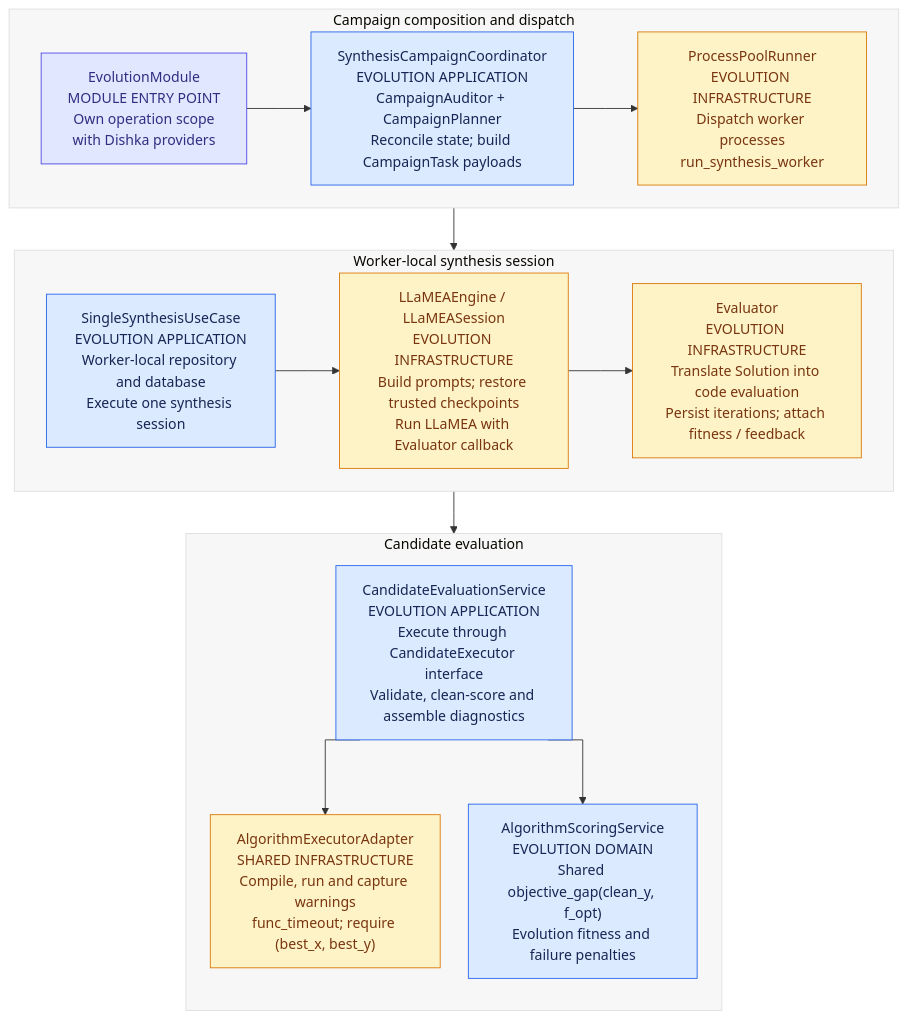
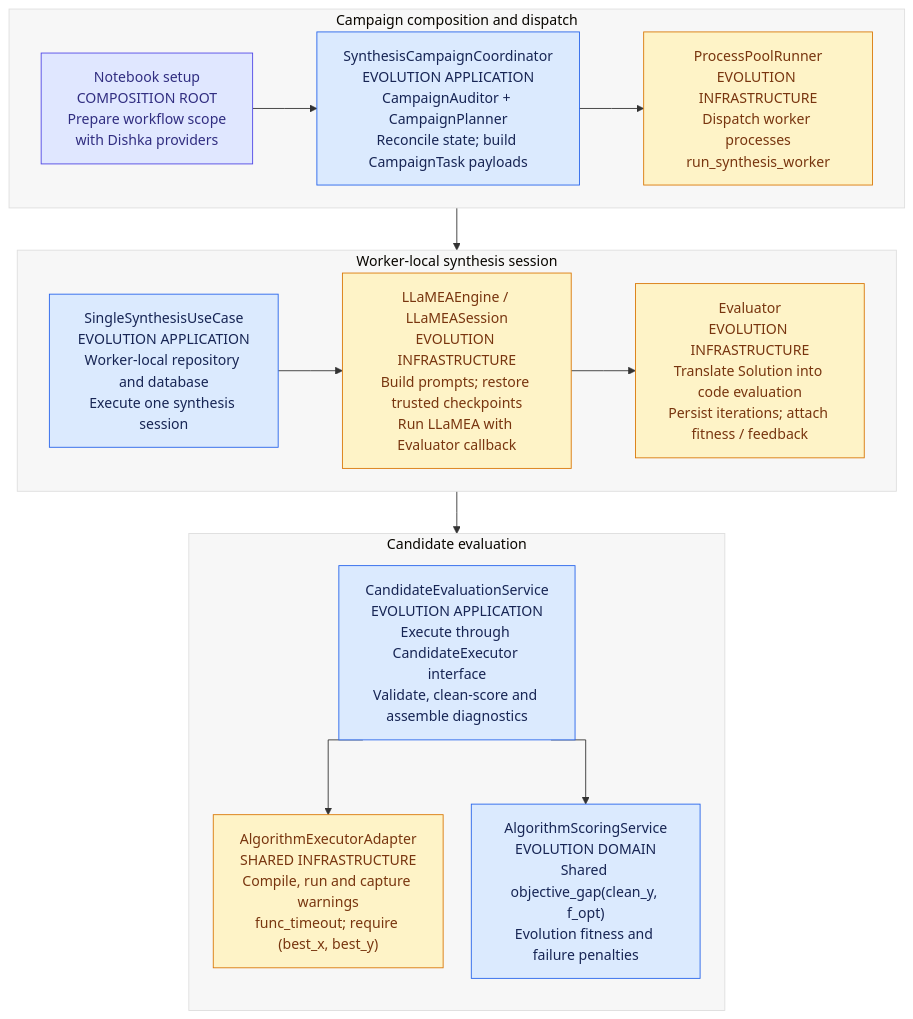
The first of 2 diagrams in docs/architecture/system_architecture.md (Nicola-Ibrahim/AAD_LLM), drawn with Mermaid before and after one commit. The commit also changed other lines of this file and 24 other files, not shown here.

````diff
--- a/docs/architecture/system_architecture.md
+++ b/docs/architecture/system_architecture.md
@@ -17,36 +17,36 @@
 ```mermaid
 %%{init: {"theme":"base","themeVariables":{"background":"#f2e6ff","lineColor":"#333333","fontFamily":"Arial, Helvetica, sans-serif","clusterBkg":"#f7f7f7","clusterBorder":"#dedede"},"flowchart":{"curve":"stepAfter","nodeSpacing":32,"rankSpacing":48}}}%%
 flowchart TD
     accTitle: Synthesis collaboration
     accDescr: Campaign composition dispatches worker-local synthesis sessions; LLaMEA delegates candidate evaluation to shared execution and evolution scoring.
     subgraph Campaign["Campaign composition and dispatch"]
         direction LR
-        Bootstrap["EvolutionModule<br/>MODULE ENTRY POINT<br/>Own operation scope<br/>with Dishka providers"]
+        Bootstrap["Notebook setup<br/>COMPOSITION ROOT<br/>Prepare workflow scope<br/>with Dishka providers"]
         Coordinator["SynthesisCampaignCoordinator<br/>EVOLUTION APPLICATION<br/>CampaignAuditor + CampaignPlanner<br/>Reconcile state; build CampaignTask payloads"]
         Dispatcher["ProcessPoolRunner<br/>EVOLUTION INFRASTRUCTURE<br/>Dispatch worker processes<br/>run_synthesis_worker"]
         Bootstrap --> Coordinator --> Dispatcher
     end
     subgraph Session["Worker-local synthesis session"]
         direction LR
         UseCase["SingleSynthesisUseCase<br/>EVOLUTION APPLICATION<br/>Worker-local repository and database<br/>Execute one synthesis session"]
         Engine["LLaMEAEngine / LLaMEASession<br/>EVOLUTION INFRASTRUCTURE<br/>Build prompts; restore trusted checkpoints<br/>Run LLaMEA with Evaluator callback"]
         Evaluator["Evaluator<br/>EVOLUTION INFRASTRUCTURE<br/>Translate Solution into code evaluation<br/>Persist iterations; attach fitness / feedback"]
         UseCase --> Engine --> Evaluator
     end
     subgraph Candidate["Candidate evaluation"]
         direction TB
         Evaluation["CandidateEvaluationService<br/>EVOLUTION APPLICATION<br/>Execute through CandidateExecutor interface<br/>Validate, clean-score and assemble diagnostics"]
         Executor["AlgorithmExecutorAdapter<br/>SHARED INFRASTRUCTURE<br/>Compile, run and capture warnings<br/>func_timeout; require (best_x, best_y)"]
         Scoring["AlgorithmScoringService<br/>EVOLUTION DOMAIN<br/>Shared objective_gap(clean_y, f_opt)<br/>Evolution fitness and failure penalties"]
         Evaluation --> Executor
         Evaluation --> Scoring
     end
     Dispatcher --> UseCase
     Evaluator --> Evaluation
     classDef application fill:#dbeafe,stroke:#2563eb,color:#172554;
     classDef infrastructure fill:#fef3c7,stroke:#d97706,color:#78350f;
     classDef composition fill:#e0e7ff,stroke:#4f46e5,color:#312e81;
     class Bootstrap composition;
     class Coordinator,UseCase,Evaluation,Scoring application;
     class Dispatcher,Engine,Evaluator,Executor infrastructure;
 ```
````
